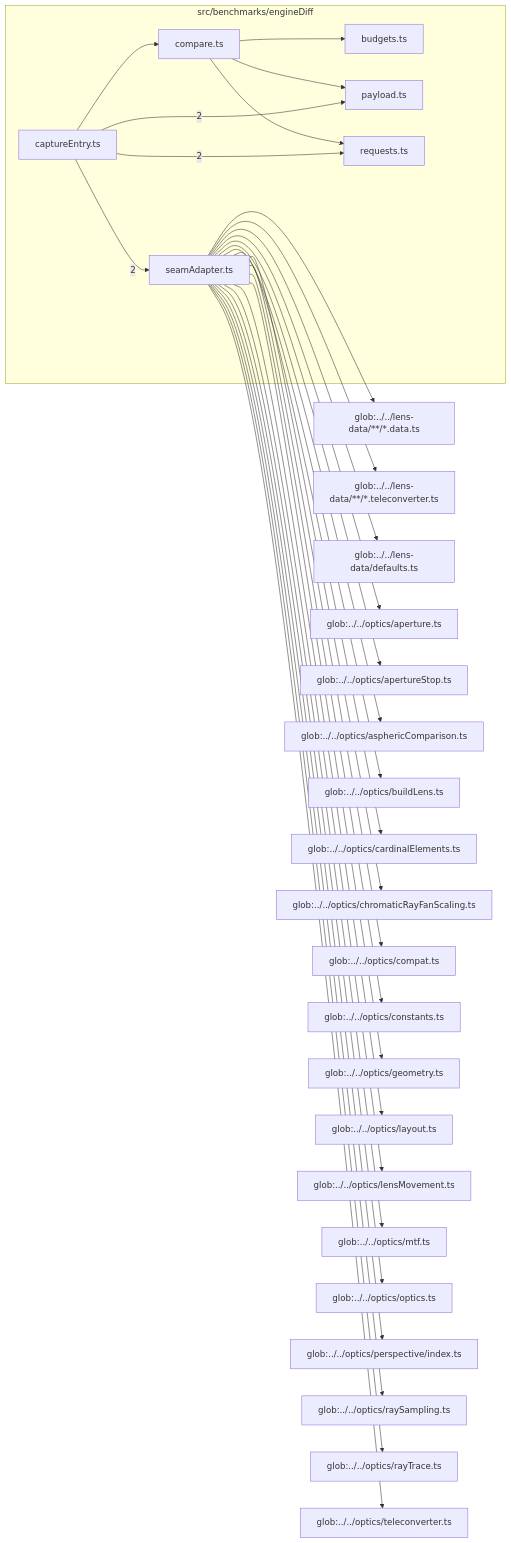
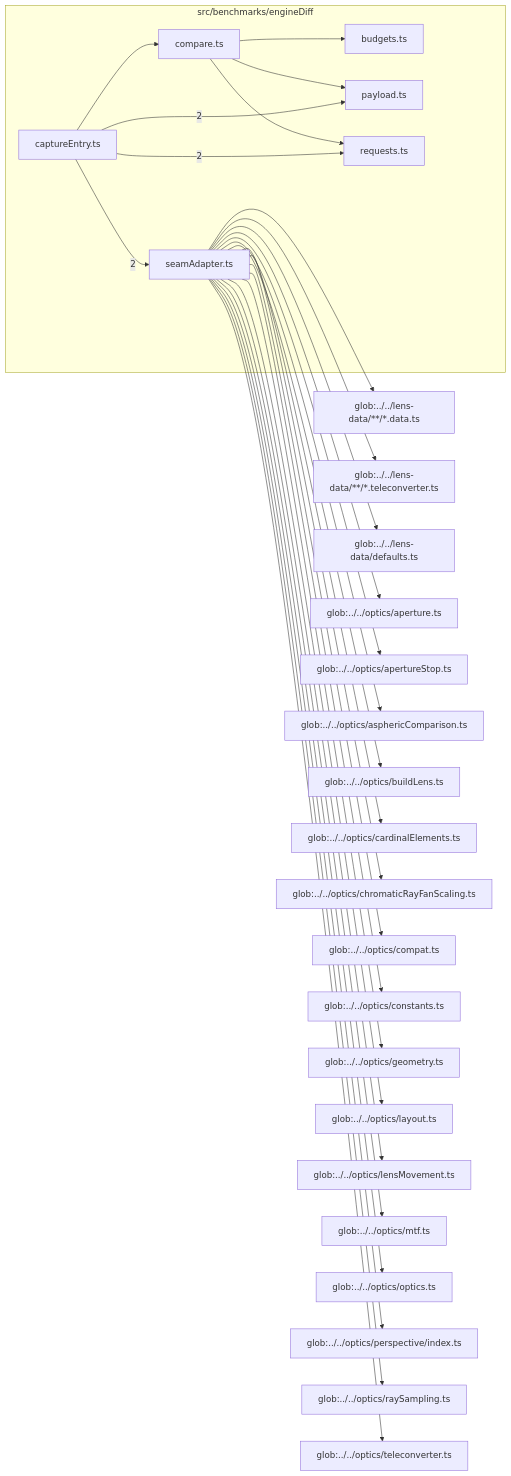
The diagram in src/benchmarks/engineDiff/readme.md (BeamFour/LensVisualizer), drawn with Mermaid before and after one commit. The commit also changed other lines of this file and 11 other files, not shown here.

````diff
--- a/src/benchmarks/engineDiff/readme.md
+++ b/src/benchmarks/engineDiff/readme.md
@@ -9,58 +9,56 @@
 ```mermaid
 flowchart LR
   subgraph n_src_benchmarks_engineDiff["src/benchmarks/engineDiff"]
     n_src_benchmarks_engineDiff_src_benchmarks_engineDiff_budgets_ts["budgets.ts"]
     n_src_benchmarks_engineDiff_src_benchmarks_engineDiff_captureEntry_ts["captureEntry.ts"]
     n_src_benchmarks_engineDiff_src_benchmarks_engineDiff_compare_ts["compare.ts"]
     n_src_benchmarks_engineDiff_src_benchmarks_engineDiff_payload_ts["payload.ts"]
     n_src_benchmarks_engineDiff_src_benchmarks_engineDiff_requests_ts["requests.ts"]
     n_src_benchmarks_engineDiff_src_benchmarks_engineDiff_seamAdapter_ts["seamAdapter.ts"]
   end
   n_external_glob_______lens_data______data_ts["glob:../../lens-data/**/*.data.ts"]
   n_external_glob_______lens_data______teleconverter_ts["glob:../../lens-data/**/*.teleconverter.ts"]
   n_external_glob_______lens_data_defaults_ts["glob:../../lens-data/defaults.ts"]
   n_external_glob_______optics_aperture_ts["glob:../../optics/aperture.ts"]
   n_external_glob_______optics_apertureStop_ts["glob:../../optics/apertureStop.ts"]
   n_external_glob_______optics_asphericComparison_ts["glob:../../optics/asphericComparison.ts"]
   n_external_glob_______optics_buildLens_ts["glob:../../optics/buildLens.ts"]
   n_external_glob_______optics_cardinalElements_ts["glob:../../optics/cardinalElements.ts"]
   n_external_glob_______optics_chromaticRayFanScaling_ts["glob:../../optics/chromaticRayFanScaling.ts"]
   n_external_glob_______optics_compat_ts["glob:../../optics/compat.ts"]
   n_external_glob_______optics_constants_ts["glob:../../optics/constants.ts"]
   n_external_glob_______optics_geometry_ts["glob:../../optics/geometry.ts"]
   n_external_glob_______optics_layout_ts["glob:../../optics/layout.ts"]
   n_external_glob_______optics_lensMovement_ts["glob:../../optics/lensMovement.ts"]
   n_external_glob_______optics_mtf_ts["glob:../../optics/mtf.ts"]
   n_external_glob_______optics_optics_ts["glob:../../optics/optics.ts"]
   n_external_glob_______optics_perspective_index_ts["glob:../../optics/perspective/index.ts"]
   n_external_glob_______optics_raySampling_ts["glob:../../optics/raySampling.ts"]
-  n_external_glob_______optics_rayTrace_ts["glob:../../optics/rayTrace.ts"]
   n_external_glob_______optics_teleconverter_ts["glob:../../optics/teleconverter.ts"]
   n_src_benchmarks_engineDiff_src_benchmarks_engineDiff_captureEntry_ts --> |2| n_src_benchmarks_engineDiff_src_benchmarks_engineDiff_payload_ts
   n_src_benchmarks_engineDiff_src_benchmarks_engineDiff_captureEntry_ts --> |2| n_src_benchmarks_engineDiff_src_benchmarks_engineDiff_requests_ts
   n_src_benchmarks_engineDiff_src_benchmarks_engineDiff_captureEntry_ts --> |2| n_src_benchmarks_engineDiff_src_benchmarks_engineDiff_seamAdapter_ts
   n_src_benchmarks_engineDiff_src_benchmarks_engineDiff_seamAdapter_ts --> n_external_glob_______lens_data______data_ts
   n_src_benchmarks_engineDiff_src_benchmarks_engineDiff_seamAdapter_ts --> n_external_glob_______lens_data______teleconverter_ts
   n_src_benchmarks_engineDiff_src_benchmarks_engineDiff_seamAdapter_ts --> n_external_glob_______lens_data_defaults_ts
   n_src_benchmarks_engineDiff_src_benchmarks_engineDiff_seamAdapter_ts --> n_external_glob_______optics_aperture_ts
   n_src_benchmarks_engineDiff_src_benchmarks_engineDiff_seamAdapter_ts --> n_external_glob_______optics_apertureStop_ts
   n_src_benchmarks_engineDiff_src_benchmarks_engineDiff_seamAdapter_ts --> n_external_glob_______optics_asphericComparison_ts
   n_src_benchmarks_engineDiff_src_benchmarks_engineDiff_seamAdapter_ts --> n_external_glob_______optics_buildLens_ts
   n_src_benchmarks_engineDiff_src_benchmarks_engineDiff_seamAdapter_ts --> n_external_glob_______optics_cardinalElements_ts
   n_src_benchmarks_engineDiff_src_benchmarks_engineDiff_seamAdapter_ts --> n_external_glob_______optics_chromaticRayFanScaling_ts
   n_src_benchmarks_engineDiff_src_benchmarks_engineDiff_seamAdapter_ts --> n_external_glob_______optics_compat_ts
   n_src_benchmarks_engineDiff_src_benchmarks_engineDiff_seamAdapter_ts --> n_external_glob_______optics_constants_ts
   n_src_benchmarks_engineDiff_src_benchmarks_engineDiff_seamAdapter_ts --> n_external_glob_______optics_geometry_ts
   n_src_benchmarks_engineDiff_src_benchmarks_engineDiff_seamAdapter_ts --> n_external_glob_______optics_layout_ts
   n_src_benchmarks_engineDiff_src_benchmarks_engineDiff_seamAdapter_ts --> n_external_glob_______optics_lensMovement_ts
   n_src_benchmarks_engineDiff_src_benchmarks_engineDiff_seamAdapter_ts --> n_external_glob_______optics_mtf_ts
   n_src_benchmarks_engineDiff_src_benchmarks_engineDiff_seamAdapter_ts --> n_external_glob_______optics_optics_ts
   n_src_benchmarks_engineDiff_src_benchmarks_engineDiff_seamAdapter_ts --> n_external_glob_______optics_perspective_index_ts
   n_src_benchmarks_engineDiff_src_benchmarks_engineDiff_seamAdapter_ts --> n_external_glob_______optics_raySampling_ts
-  n_src_benchmarks_engineDiff_src_benchmarks_engineDiff_seamAdapter_ts --> n_external_glob_______optics_rayTrace_ts
   n_src_benchmarks_engineDiff_src_benchmarks_engineDiff_seamAdapter_ts --> n_external_glob_______optics_teleconverter_ts
   n_src_benchmarks_engineDiff_src_benchmarks_engineDiff_compare_ts --> n_src_benchmarks_engineDiff_src_benchmarks_engineDiff_budgets_ts
   n_src_benchmarks_engineDiff_src_benchmarks_engineDiff_captureEntry_ts --> n_src_benchmarks_engineDiff_src_benchmarks_engineDiff_compare_ts
   n_src_benchmarks_engineDiff_src_benchmarks_engineDiff_compare_ts --> n_src_benchmarks_engineDiff_src_benchmarks_engineDiff_payload_ts
   n_src_benchmarks_engineDiff_src_benchmarks_engineDiff_compare_ts --> n_src_benchmarks_engineDiff_src_benchmarks_engineDiff_requests_ts
 ```
````
